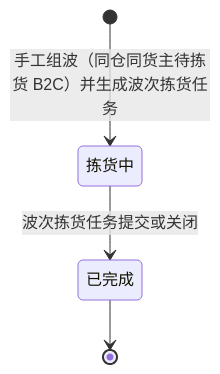
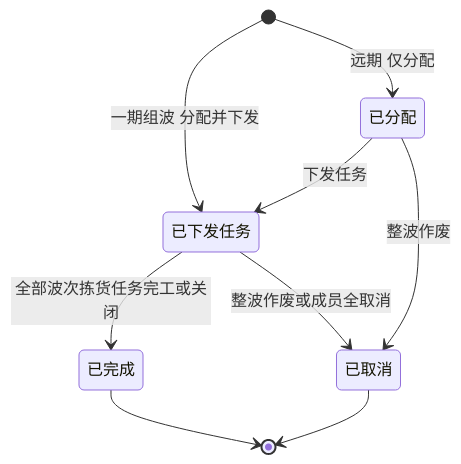
One commit to TopVitamin/QS-WMS-Project changed the fifth of 5 diagrams in 05-应用设计方案/20261002-MVP版本/系统架构设计/03-单据与状态流转.md. Above: the diagram before and after it, drawn with Mermaid. The commit also changed other lines of this file and 281 other files, not shown here.

````diff
--- a/05-应用设计方案/20261002-MVP版本/系统架构设计/03-单据与状态流转.md
+++ b/05-应用设计方案/20261002-MVP版本/系统架构设计/03-单据与状态流转.md
@@ -198,6 +207,11 @@
 ```mermaid
 stateDiagram-v2
-    [*] --> 拣货中: 手工组波（同仓同货主待拣货 B2C）并生成波次拣货任务
-    拣货中 --> 已完成: 波次拣货任务提交或关闭
+    [*] --> 已下发任务: 一期组波 分配并下发
+    [*] --> 已分配: 远期 仅分配
+    已分配 --> 已下发任务: 下发任务
+    已下发任务 --> 已完成: 全部波次拣货任务完工或关闭
+    已分配 --> 已取消: 整波作废
+    已下发任务 --> 已取消: 整波作废或成员全取消
     已完成 --> [*]
+    已取消 --> [*]
 ```
````
